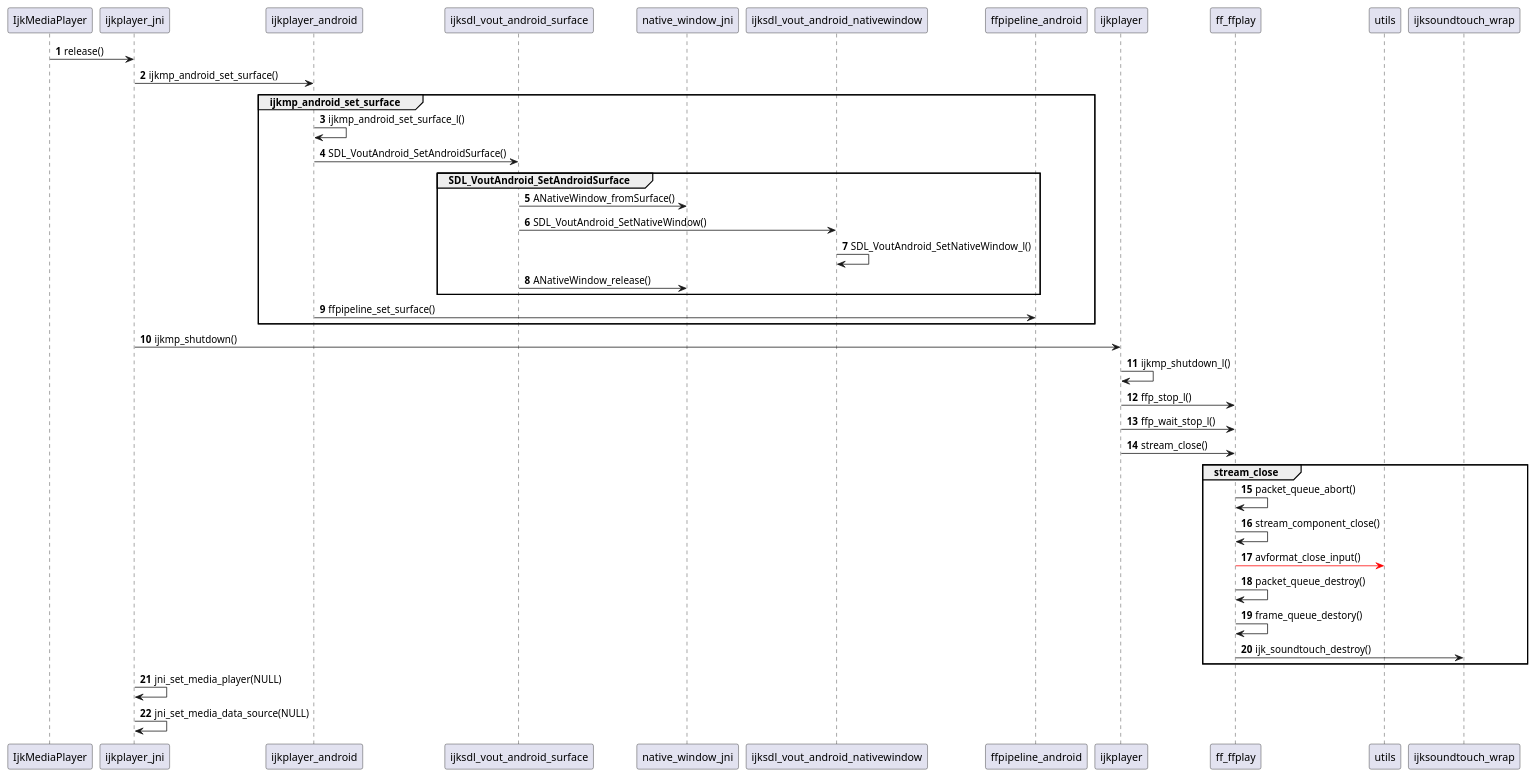
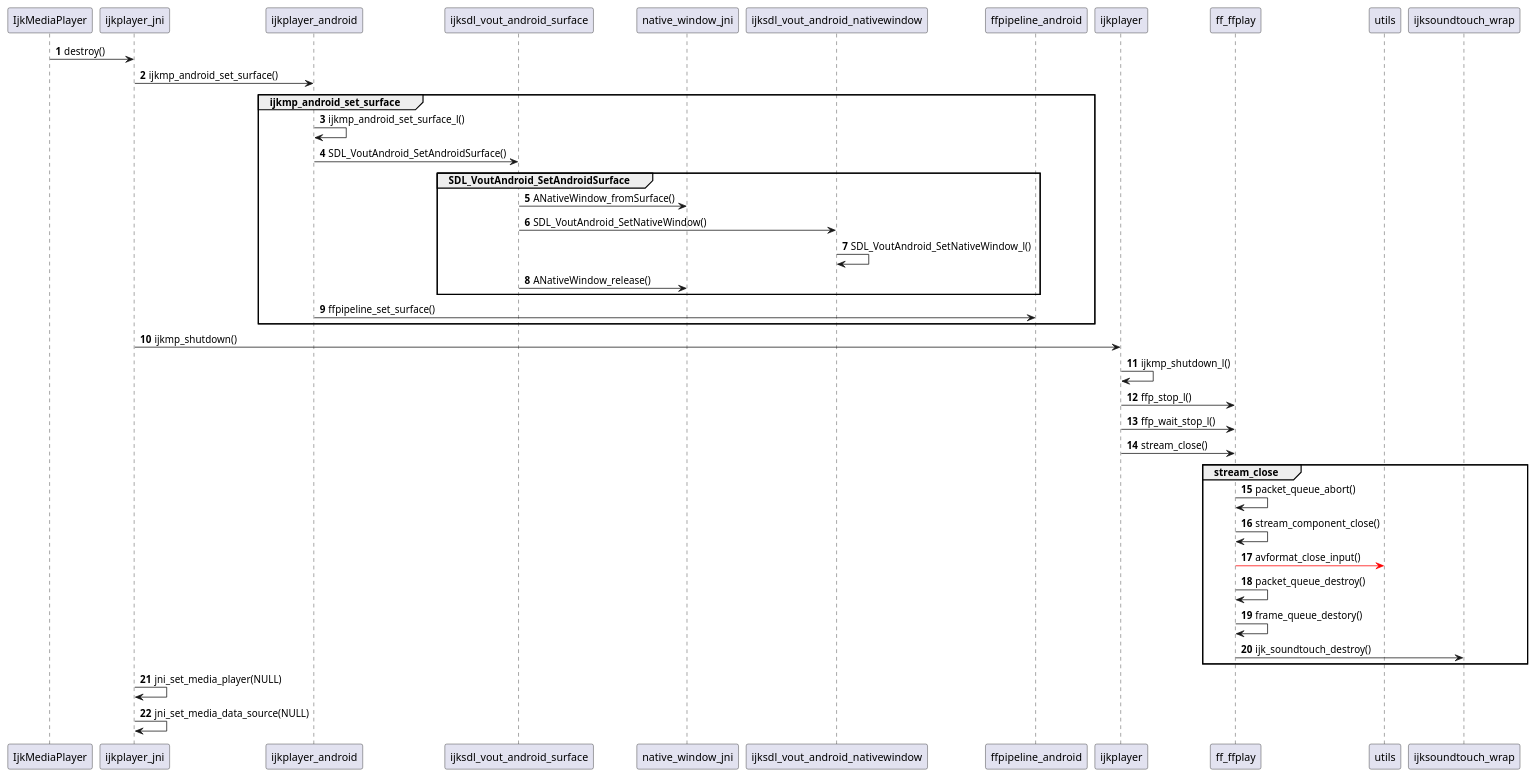
Before and after one commit to biezhihua/SMusic: the diagram in doc/IjkPlayer/Sequence/ijkplayer_jni-release.puml, drawn with PlantUML. The commit also changed 42 other files, not shown here.

```diff
--- a/doc/IjkPlayer/Sequence/ijkplayer_jni-release.puml
+++ b/doc/IjkPlayer/Sequence/ijkplayer_jni-release.puml
@@ -1,60 +1,60 @@
 @startuml
 autonumber
 
-IjkMediaPlayer -> ijkplayer_jni:release()
+IjkMediaPlayer -> ijkplayer_jni:destroy()
 
 ijkplayer_jni -> ijkplayer_android:ijkmp_android_set_surface()
 
 group ijkmp_android_set_surface
 
     ijkplayer_android -> ijkplayer_android:ijkmp_android_set_surface_l()
 
     ijkplayer_android -> ijksdl_vout_android_surface:SDL_VoutAndroid_SetAndroidSurface()
 
     group SDL_VoutAndroid_SetAndroidSurface
 
         ijksdl_vout_android_surface -> native_window_jni:ANativeWindow_fromSurface()
 
         ijksdl_vout_android_surface -> ijksdl_vout_android_nativewindow:SDL_VoutAndroid_SetNativeWindow()
 
         ijksdl_vout_android_nativewindow -> ijksdl_vout_android_nativewindow:SDL_VoutAndroid_SetNativeWindow_l()
 
         ijksdl_vout_android_surface -> native_window_jni:ANativeWindow_release()
 
     end
     ijkplayer_android -> ffpipeline_android:ffpipeline_set_surface()
 
 
 end
 
 ijkplayer_jni -> ijkplayer:ijkmp_shutdown()
 
 ijkplayer -> ijkplayer:ijkmp_shutdown_l()
 
 ijkplayer -> ff_ffplay:ffp_stop_l()
 
 ijkplayer -> ff_ffplay:ffp_wait_stop_l()
 
 ijkplayer -> ff_ffplay:stream_close()
 
 group stream_close
 
     ff_ffplay -> ff_ffplay:packet_queue_abort()
 
     ff_ffplay -> ff_ffplay:stream_component_close()
 
     ff_ffplay [#red]-> utils:avformat_close_input()
 
     ff_ffplay -> ff_ffplay:packet_queue_destroy()
 
     ff_ffplay -> ff_ffplay:frame_queue_destory()
 
     ff_ffplay -> ijksoundtouch_wrap:ijk_soundtouch_destroy()
 
 end
 
 ijkplayer_jni -> ijkplayer_jni:jni_set_media_player(NULL)
 
 ijkplayer_jni -> ijkplayer_jni:jni_set_media_data_source(NULL)
 
 @enduml
```
